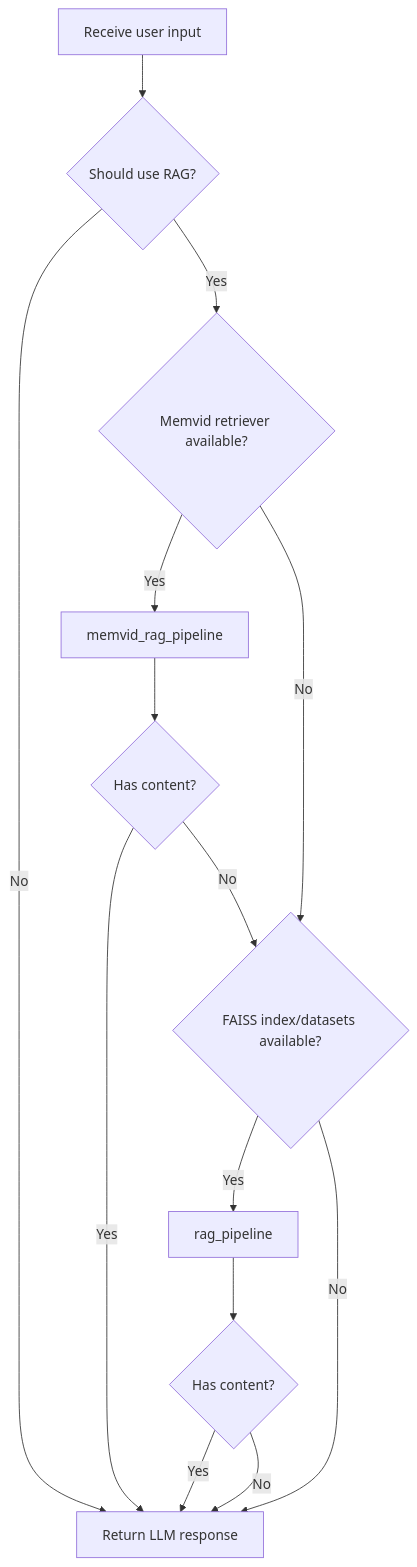
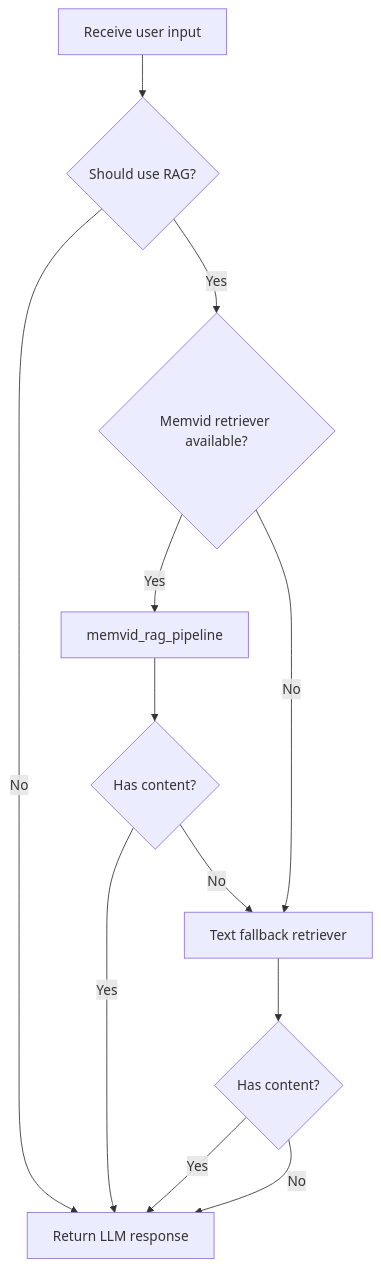
One commit to MOK-5-ha/MayaMCP changed the fifth of 6 diagrams in .qoder/repowiki/en/content/Retrieval-Augmented Generation (RAG)/Retrieval-Augmented Generation (RAG).md. Above: the diagram before and after it, drawn with Mermaid. The commit also changed other lines of this file and 27 other files, not shown here.

````diff
--- a/.qoder/repowiki/en/content/Retrieval-Augmented Generation (RAG)/Retrieval-Augmented Generation (RAG).md
+++ b/.qoder/repowiki/en/content/Retrieval-Augmented Generation (RAG)/Retrieval-Augmented Generation (RAG).md
@@ -281,16 +244,14 @@
 ```mermaid
 flowchart TD
 A["Receive user input"] --> B{"Should use RAG?"}
 B -- "No" --> Z["Return LLM response"]
 B -- "Yes" --> C{"Memvid retriever available?"}
 C -- "Yes" --> D["memvid_rag_pipeline"]
 D --> E{"Has content?"}
 E -- "Yes" --> Z
-E -- "No" --> F{"FAISS index/datasets available?"}
+E -- "No" --> F["Text fallback retriever"]
+F --> G{"Has content?"}
+G -- "Yes" --> Z
+G -- "No" --> Z
 C -- "No" --> F
-F -- "Yes" --> G["rag_pipeline"]
-G --> H{"Has content?"}
-H -- "Yes" --> Z
-H -- "No" --> Z
-F -- "No" --> Z
 ```
````
